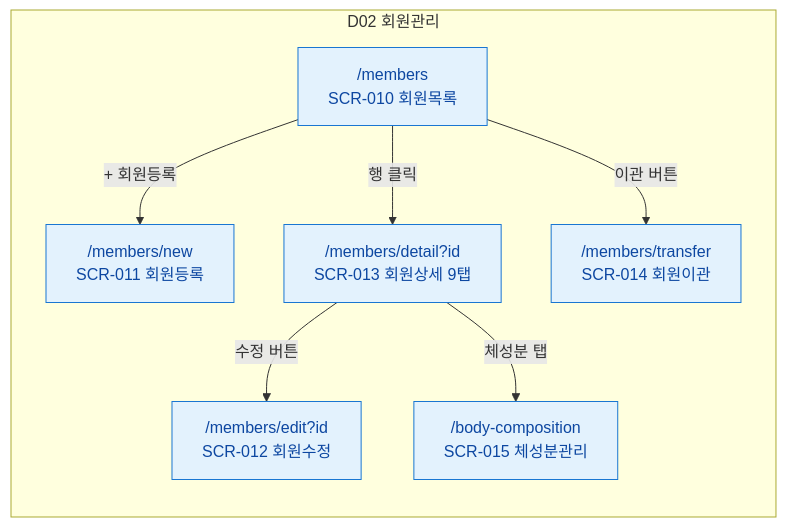
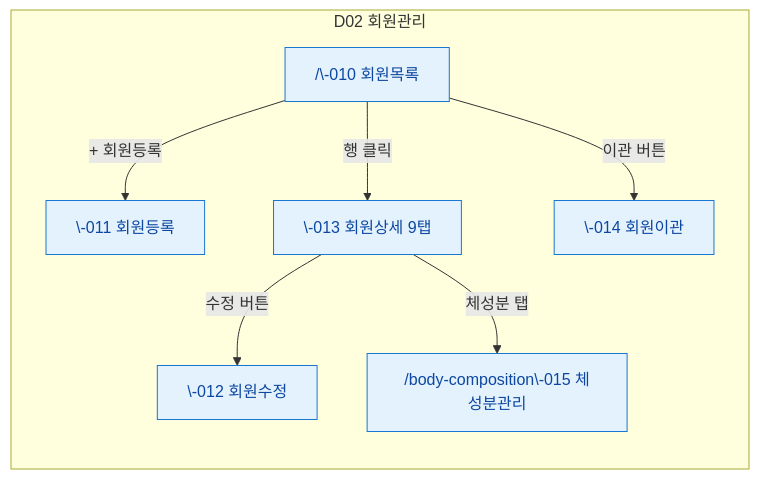
The third of 11 diagrams in docs/다이어그램/00_사이트맵/N2_도메인별_사이트맵.md (dev-spogym/admin-pando), drawn with Mermaid before and after one commit. The commit also changed other lines of this file and 1660 other files, not shown here.

First line of the commit message:
다이어그램: 기획자/클라이언트 납품본으로 정리

````diff
--- a/docs/다이어그램/00_사이트맵/N2_도메인별_사이트맵.md
+++ b/docs/다이어그램/00_사이트맵/N2_도메인별_사이트맵.md
@@ -65,20 +62,20 @@
 ```mermaid
 flowchart LR
     subgraph D02["D02 회원관리"]
-        SCR010["/members\nSCR-010 회원목록"]
-        SCR011["/members/new\nSCR-011 회원등록"]
-        SCR012["/members/edit?id\nSCR-012 회원수정"]
-        SCR013["/members/detail?id\nSCR-013 회원상세 9탭"]
-        SCR014["/members/transfer\nSCR-014 회원이관"]
-        SCR015["/body-composition\nSCR-015 체성분관리"]
+        SCR010["/\-010 회원목록"]
+        SCR011["\-011 회원등록"]
+        SCR012["\-012 회원수정"]
+        SCR013["\-013 회원상세 9탭"]
+        SCR014["\-014 회원이관"]
+        SCR015["/body-composition\-015 체성분관리"]
     end
 
-    SCR010 -->|"+ 회원등록"| SCR011
-    SCR010 -->|"행 클릭"| SCR013
-    SCR013 -->|"수정 버튼"| SCR012
-    SCR010 -->|"이관 버튼"| SCR014
-    SCR013 -->|"체성분 탭"| SCR015
+    SCR010 -->|"+ 회원등록"|SCR011
+    SCR010 -->|"행 클릭"|SCR013
+    SCR013 -->|"수정 버튼"|SCR012
+    SCR010 -->|"이관 버튼"|SCR014
+    SCR013 -->|"체성분 탭"|SCR015
 
     classDef screen fill:#E3F2FD,stroke:#1976D2,color:#0D47A1
     class SCR010,SCR011,SCR012,SCR013,SCR014,SCR015 screen
 ```
````
